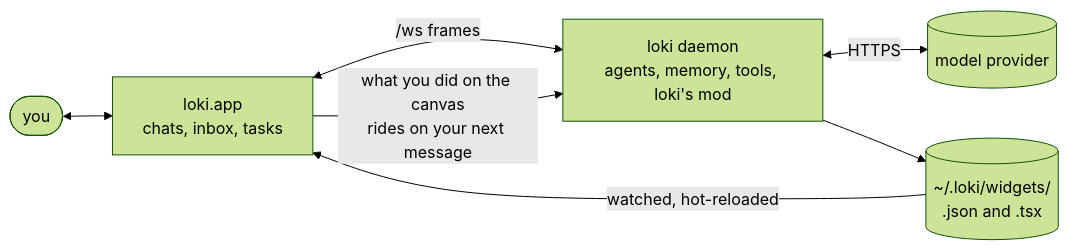
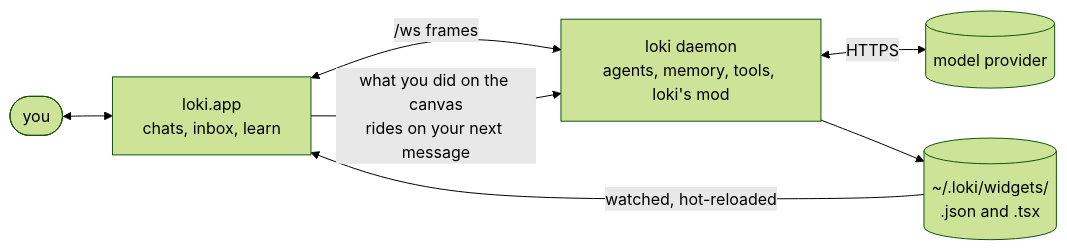
Before and after one commit to AlmondLabs/loki: the diagram in README.md, drawn with Mermaid (forest theme). The commit also changed other lines of this file and 10 other files, not shown here.

````diff
--- a/README.md
+++ b/README.md
@@ -167,9 +162,9 @@
 ```mermaid
 flowchart LR
-  you([you]) <--> app[loki.app<br/>chats, inbox, tasks]
+  you([you]) <--> app[loki.app<br/>chats, inbox, learn]
   app <-->|"/ws frames"| daemon[loki daemon<br/>agents, memory, tools, loki's mod]
   daemon <-->|HTTPS| provider[(model provider)]
   daemon --> files[("~/.loki/widgets/<br/>.json and .tsx")]
   files -->|"watched, hot-reloaded"| app
   app -->|"what you did on the canvas<br/>rides on your next message"| daemon
 ```
````
